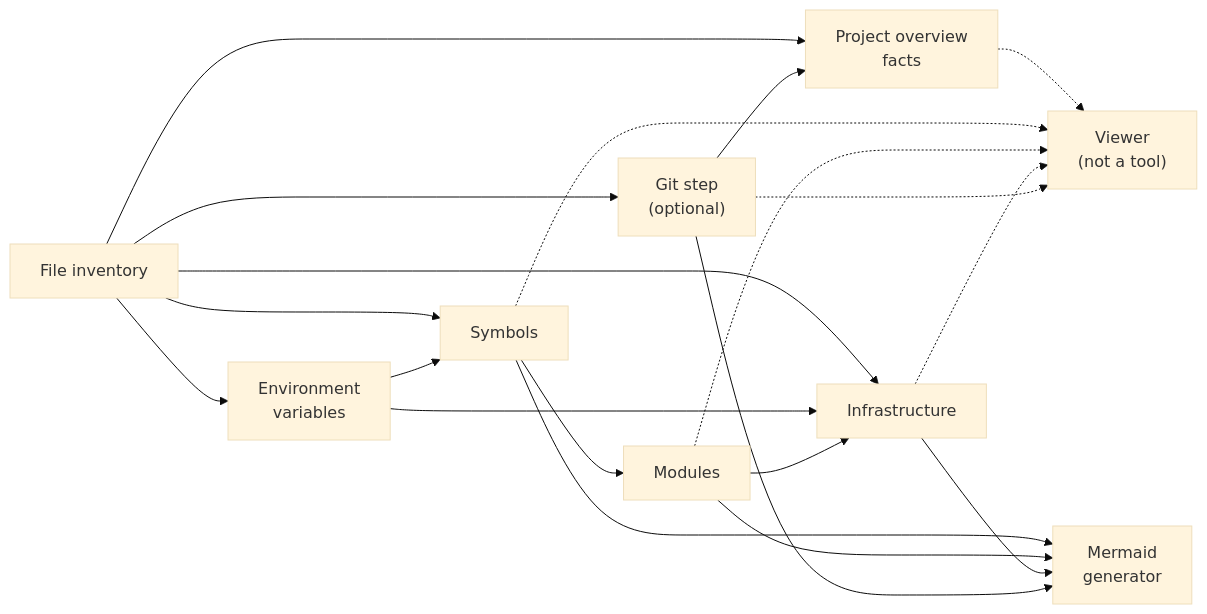
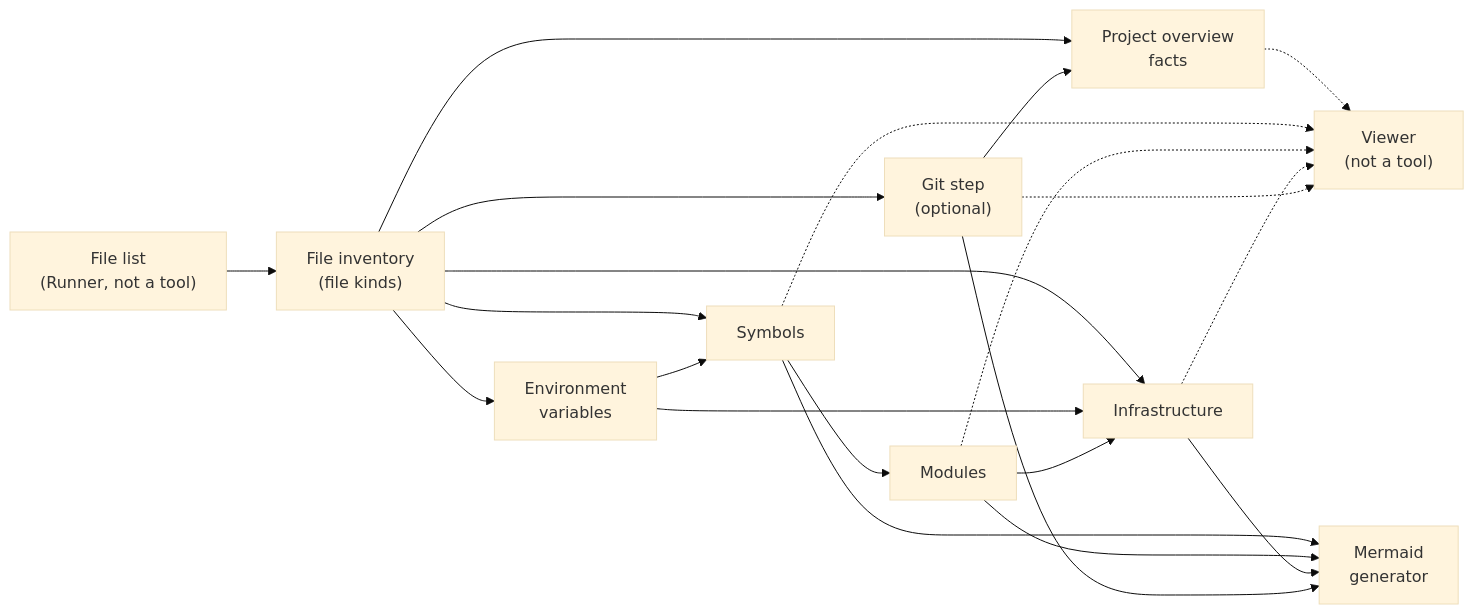
Before and after one commit to ZaidaZadkiel/ai_experiments: the diagram in viewer/toolset.md, drawn with Mermaid (base theme). The commit also changed other lines of this file and 90 other files, not shown here.

````diff
--- a/viewer/toolset.md
+++ b/viewer/toolset.md
@@ -383,22 +396,23 @@
 ```mermaid
 flowchart LR
-  FI["File inventory"] --> G["Git step<br/>(optional)"]
+  FL["File list<br/>(Runner, not a tool)"] --> FI["File inventory<br/>(file kinds)"]
+  FI --> G["Git step<br/>(optional)"]
   FI --> ENV["Environment<br/>variables"]
   FI --> SYM["Symbols"]
   ENV --> SYM
   SYM --> MOD["Modules"]
   FI --> INF["Infrastructure"]
   ENV --> INF
   MOD --> INF
   FI --> PO["Project overview<br/>facts"]
   G --> PO
   PO -.-> V
   SYM --> MER["Mermaid<br/>generator"]
   MOD --> MER
   INF --> MER
   SYM -.-> V["Viewer<br/>(not a tool)"]
   MOD -.-> V
   INF -.-> V
   G -.-> V
   G --> MER
 ```
````
